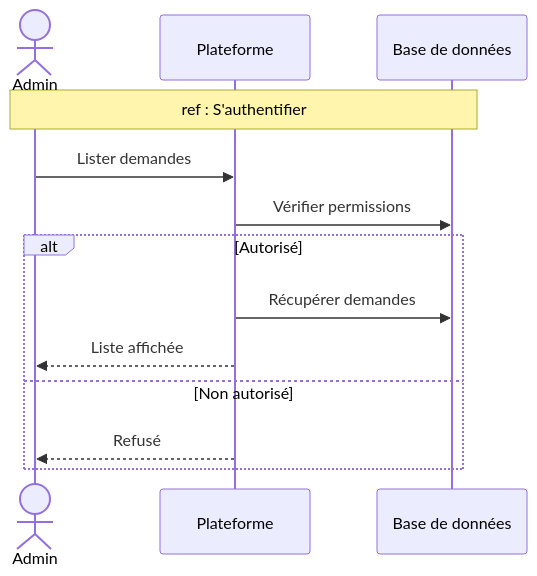
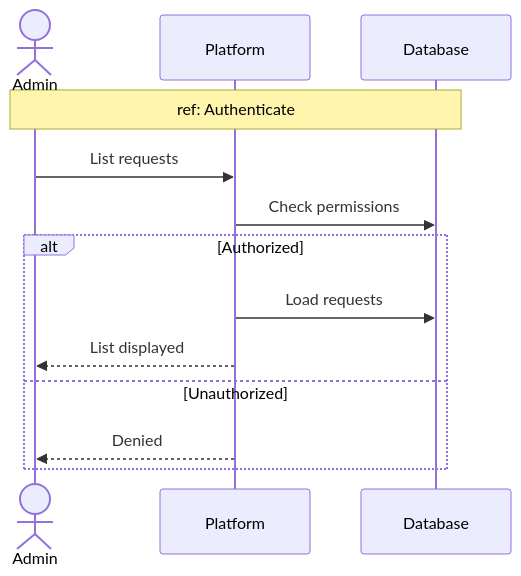
One commit to MohamedChebbi123/teamnest changed the sixth of 16 diagrams in docs/SEQUENCE_DIAGRAMS.md. Above: the diagram before and after it, drawn with Mermaid. The commit also changed other lines of this file, not shown here.

````diff
--- a/docs/SEQUENCE_DIAGRAMS.md
+++ b/docs/SEQUENCE_DIAGRAMS.md
@@ -196,17 +199,17 @@
 ```mermaid
 sequenceDiagram
     actor Admin
-    participant API as Plateforme
-    participant DB as Base de données
+    participant API as Platform
+    participant DB as Database
 
-    Note over Admin,DB: ref : S'authentifier
+    Note over Admin,DB: ref: Authenticate
 
-    Admin->>API: Lister demandes
-    API->>DB: Vérifier permissions
-    alt Autorisé
-        API->>DB: Récupérer demandes
-        API-->>Admin: Liste affichée
-    else Non autorisé
-        API-->>Admin: Refusé
+    Admin->>API: List requests
+    API->>DB: Check permissions
+    alt Authorized
+        API->>DB: Load requests
+        API-->>Admin: List displayed
+    else Unauthorized
+        API-->>Admin: Denied
     end
 ```
````
